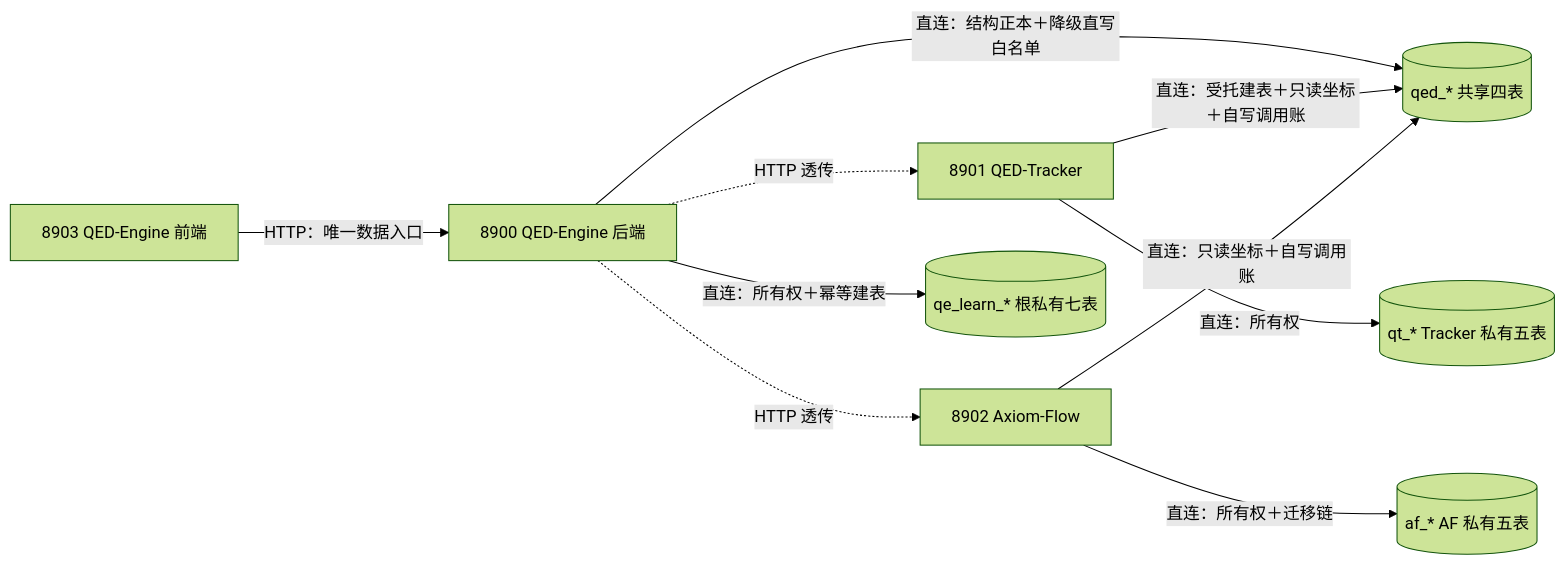
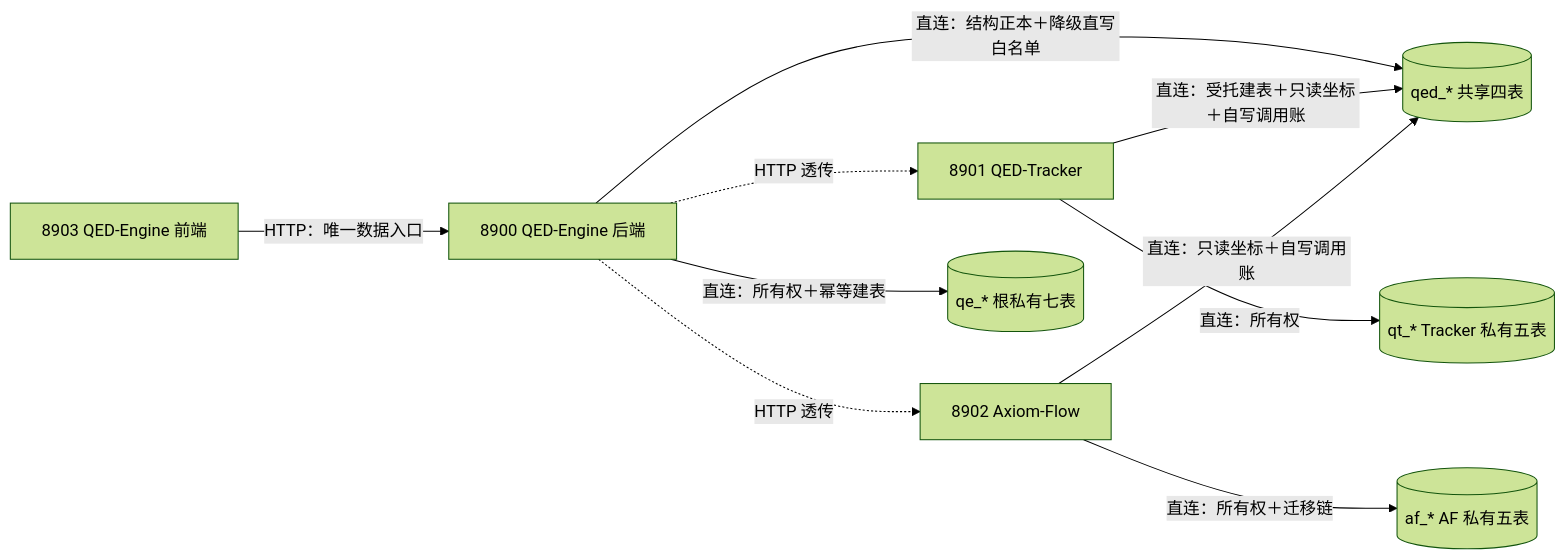
Before and after one commit to swfswf1234/QED-Engine: the first of 3 diagrams in docs/architecture/database-design.md, drawn with Mermaid (forest theme). The commit also changed other lines of this file and 15 other files, not shown here.

````diff
--- a/docs/architecture/database-design.md
+++ b/docs/architecture/database-design.md
@@ -104,21 +104,21 @@
 ```mermaid
 flowchart LR
     UI["8903 QED-Engine 前端"]
     ROOT["8900 QED-Engine 后端"]
     TRK["8901 QED-Tracker"]
     AF["8902 Axiom-Flow"]
     QED[("qed_* 共享四表")]
-    QE[("qe_learn_* 根私有七表")]
+    QE[("qe_* 根私有七表")]
     QT[("qt_* Tracker 私有五表")]
     AFT[("af_* AF 私有五表")]
 
     UI -->|"HTTP：唯一数据入口"| ROOT
     ROOT -->|"直连：所有权＋幂等建表"| QE
     ROOT -->|"直连：结构正本＋降级直写白名单"| QED
     ROOT -.->|"HTTP 透传"| TRK
     ROOT -.->|"HTTP 透传"| AF
     TRK -->|"直连：所有权"| QT
     TRK -->|"直连：受托建表＋只读坐标＋自写调用账"| QED
     AF -->|"直连：所有权＋迁移链"| AFT
     AF -->|"直连：只读坐标＋自写调用账"| QED
 ```
````
